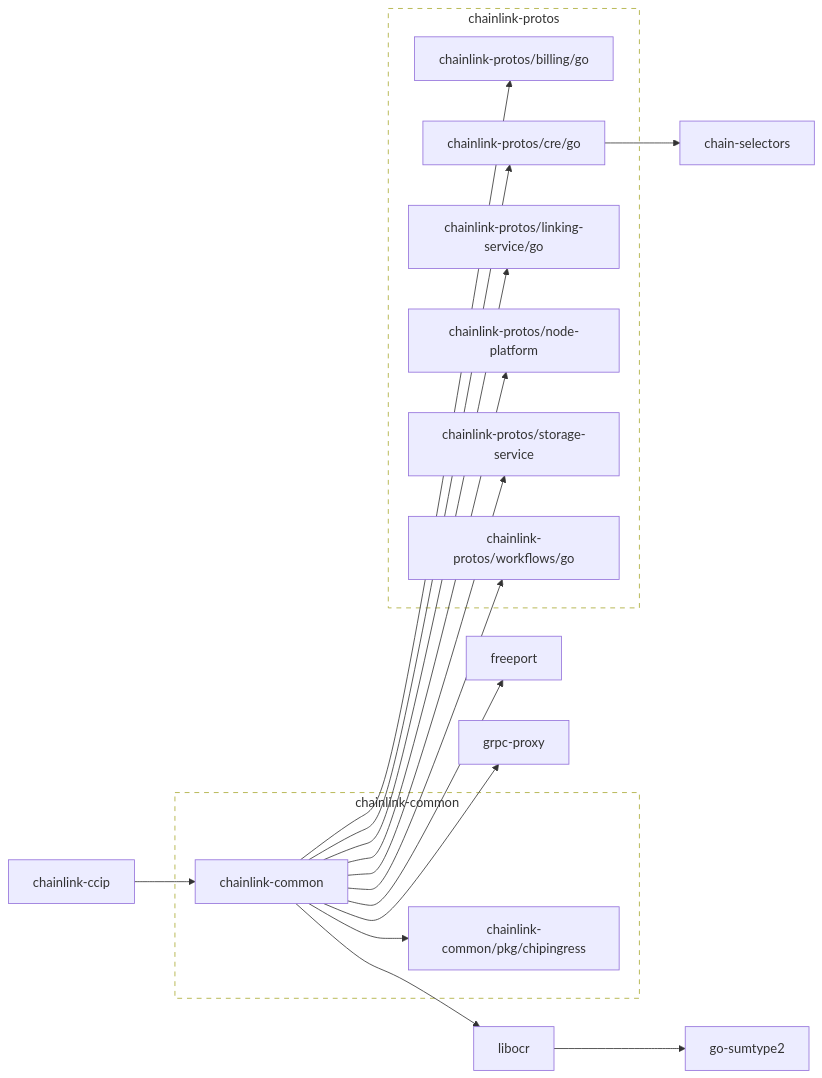
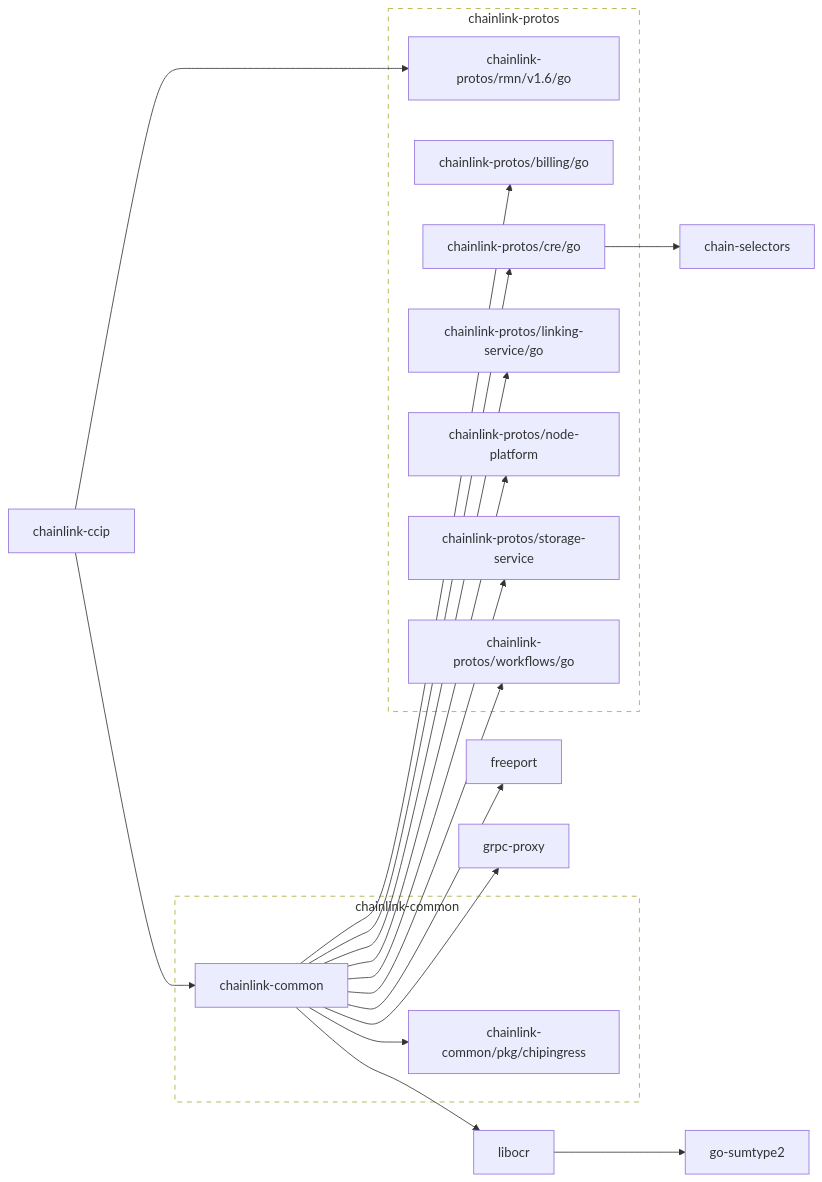
The first of 2 diagrams in go.md (smartcontractkit/chainlink-ccip), drawn with Mermaid before and after one commit. The commit also changed 72 other files, not shown here.

````diff
--- a/go.md
+++ b/go.md
@@ -3,60 +3,64 @@
 ```mermaid
 flowchart LR
 
 	chain-selectors
 	click chain-selectors href "https://github.com/smartcontractkit/chain-selectors"
 	chainlink-ccip --> chainlink-common
+	chainlink-ccip --> chainlink-protos/rmn/v1.6/go
 	click chainlink-ccip href "https://github.com/smartcontractkit/chainlink-ccip"
 	chainlink-common --> chainlink-common/pkg/chipingress
 	chainlink-common --> chainlink-protos/billing/go
 	chainlink-common --> chainlink-protos/cre/go
 	chainlink-common --> chainlink-protos/linking-service/go
 	chainlink-common --> chainlink-protos/node-platform
 	chainlink-common --> chainlink-protos/storage-service
 	chainlink-common --> chainlink-protos/workflows/go
 	chainlink-common --> freeport
 	chainlink-common --> grpc-proxy
 	chainlink-common --> libocr
 	click chainlink-common href "https://github.com/smartcontractkit/chainlink-common"
 	chainlink-common/pkg/chipingress
 	click chainlink-common/pkg/chipingress href "https://github.com/smartcontractkit/chainlink-common"
 	chainlink-protos/billing/go
 	click chainlink-protos/billing/go href "https://github.com/smartcontractkit/chainlink-protos"
 	chainlink-protos/cre/go --> chain-selectors
 	click chainlink-protos/cre/go href "https://github.com/smartcontractkit/chainlink-protos"
 	chainlink-protos/linking-service/go
 	click chainlink-protos/linking-service/go href "https://github.com/smartcontractkit/chainlink-protos"
 	chainlink-protos/node-platform
 	click chainlink-protos/node-platform href "https://github.com/smartcontractkit/chainlink-protos"
+	chainlink-protos/rmn/v1.6/go
+	click chainlink-protos/rmn/v1.6/go href "https://github.com/smartcontractkit/chainlink-protos"
 	chainlink-protos/storage-service
 	click chainlink-protos/storage-service href "https://github.com/smartcontractkit/chainlink-protos"
 	chainlink-protos/workflows/go
 	click chainlink-protos/workflows/go href "https://github.com/smartcontractkit/chainlink-protos"
 	freeport
 	click freeport href "https://github.com/smartcontractkit/freeport"
 	go-sumtype2
 	click go-sumtype2 href "https://github.com/smartcontractkit/go-sumtype2"
 	grpc-proxy
 	click grpc-proxy href "https://github.com/smartcontractkit/grpc-proxy"
 	libocr --> go-sumtype2
 	click libocr href "https://github.com/smartcontractkit/libocr"
 
 	subgraph chainlink-common-repo[chainlink-common]
 		 chainlink-common
 		 chainlink-common/pkg/chipingress
 	end
 	click chainlink-common-repo href "https://github.com/smartcontractkit/chainlink-common"
 
 	subgraph chainlink-protos-repo[chainlink-protos]
 		 chainlink-protos/billing/go
 		 chainlink-protos/cre/go
 		 chainlink-protos/linking-service/go
 		 chainlink-protos/node-platform
+		 chainlink-protos/rmn/v1.6/go
 		 chainlink-protos/storage-service
 		 chainlink-protos/workflows/go
 	end
 	click chainlink-protos-repo href "https://github.com/smartcontractkit/chainlink-protos"
 
 	classDef outline stroke-dasharray:6,fill:none;
 	class chainlink-common-repo,chainlink-protos-repo outline
 ```
````
